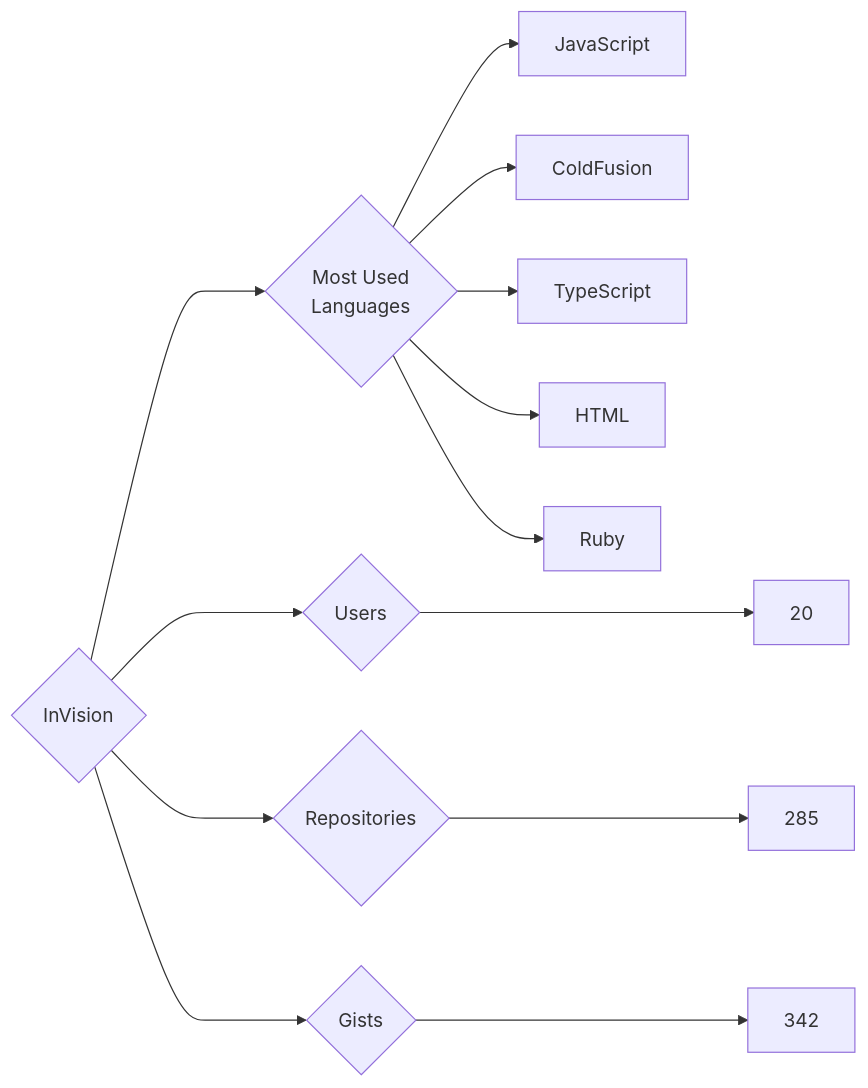
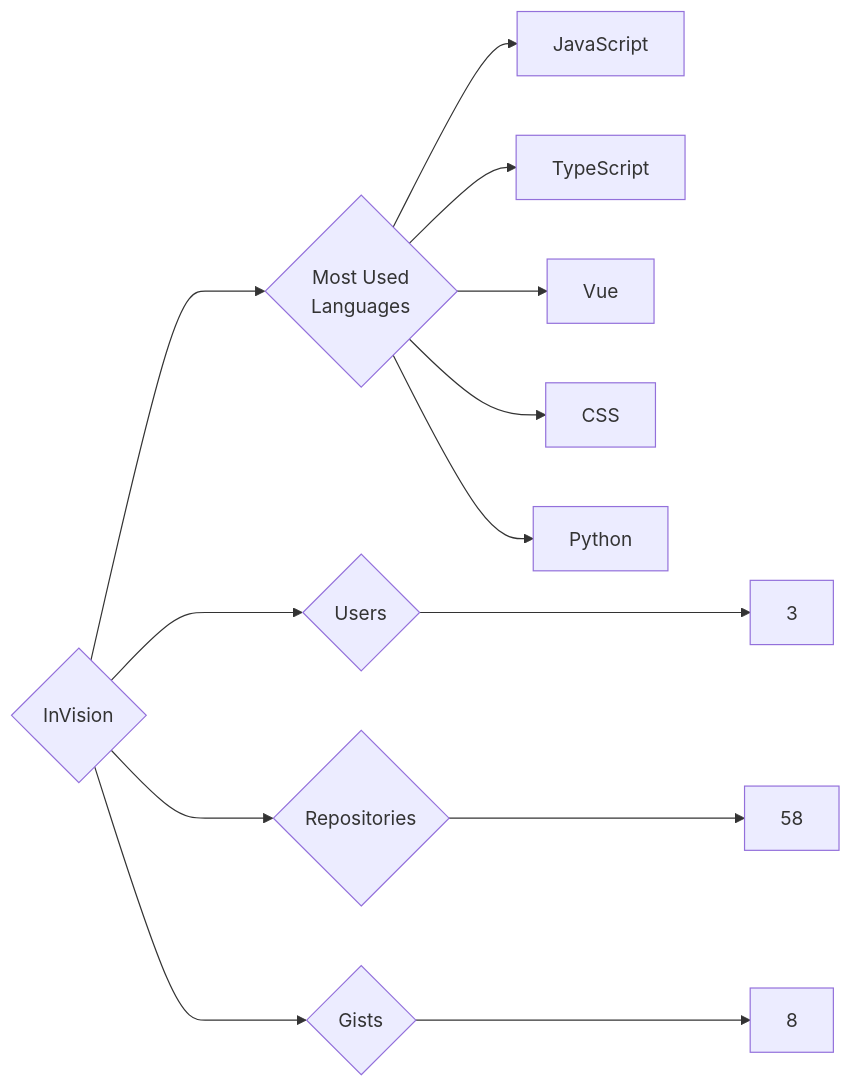
Before and after one commit to trickest/insiders: the diagram in targets/InVision/README.md, drawn with Mermaid. The commit also changed 629 other files, not shown here.

````diff
--- a/targets/InVision/README.md
+++ b/targets/InVision/README.md
@@ -3,13 +3,13 @@
 ```mermaid
 graph LR
 COMPANY_NAME{InVision}
-COMPANY_NAME ---> U{Users} ---> UN[20]
-COMPANY_NAME ---> R{Repositories} ---> RN[285]
-COMPANY_NAME ---> G{Gists} ---> GN[342]
+COMPANY_NAME ---> U{Users} ---> UN[3]
+COMPANY_NAME ---> R{Repositories} ---> RN[58]
+COMPANY_NAME ---> G{Gists} ---> GN[8]
 COMPANY_NAME ---> ML{Most Used<br>Languages}
 ML --> JavaScript[JavaScript]
-ML --> ColdFusion[ColdFusion]
 ML --> TypeScript[TypeScript]
-ML --> HTML[HTML]
-ML --> Ruby[Ruby]
+ML --> Vue[Vue]
+ML --> CSS[CSS]
+ML --> Python[Python]
 ```
````
